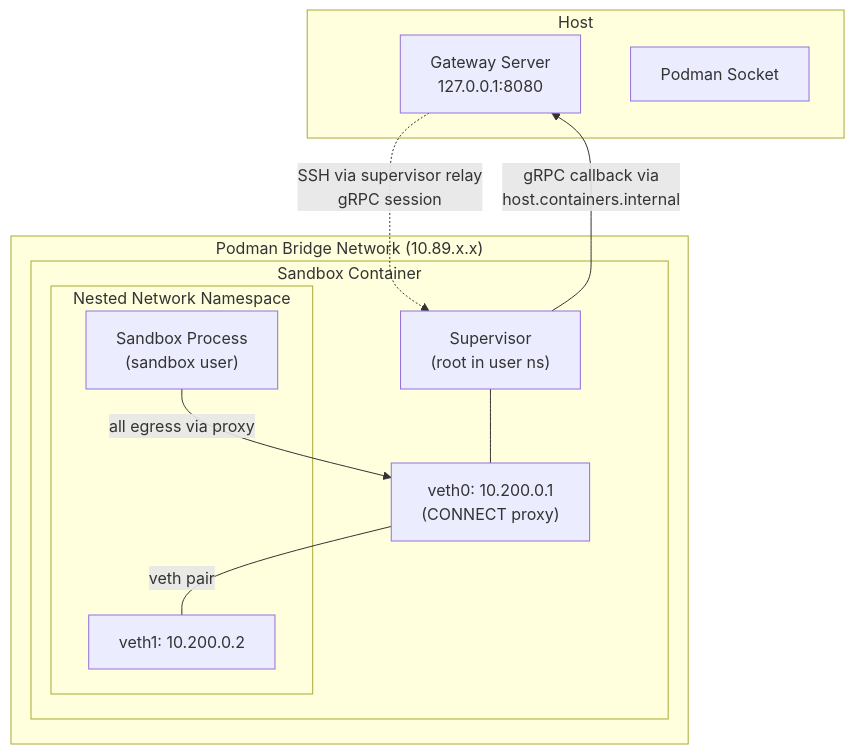
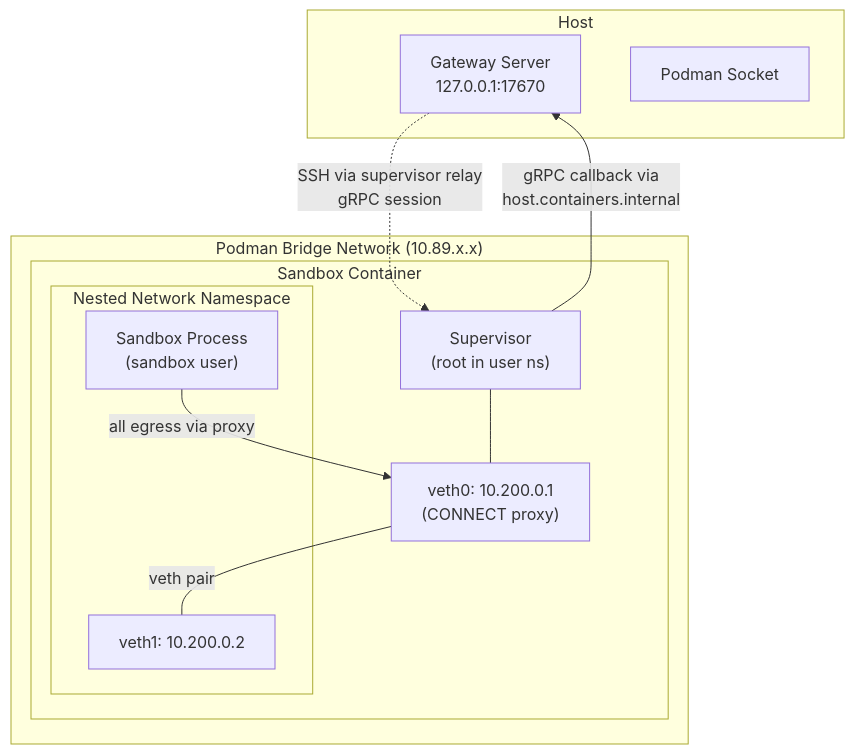
One commit to st-gr/OpenShell changed the third of 4 diagrams in crates/openshell-driver-podman/README.md. Above: the diagram before and after it, drawn with Mermaid. The commit also changed other lines of this file and 34 other files, not shown here.

````diff
--- a/crates/openshell-driver-podman/README.md
+++ b/crates/openshell-driver-podman/README.md
@@ -134,24 +134,24 @@
 ```mermaid
 graph TB
     subgraph Host
-        GW["Gateway Server<br/>127.0.0.1:8080"]
+        GW["Gateway Server<br/>127.0.0.1:17670"]
         PS["Podman Socket"]
     end
 
     subgraph Bridge["Podman Bridge Network (10.89.x.x)"]
         subgraph Container["Sandbox Container"]
             SV["Supervisor<br/>(root in user ns)"]
             subgraph NestedNS["Nested Network Namespace"]
                 SP["Sandbox Process<br/>(sandbox user)"]
                 VE2["veth1: 10.200.0.2"]
             end
             VE1["veth0: 10.200.0.1<br/>(CONNECT proxy)"]
             SV --- VE1
             VE1 ---|veth pair| VE2
         end
     end
 
     GW -.->|SSH via supervisor relay<br/>gRPC session| SV
     SV -->|gRPC callback via<br/>host.containers.internal| GW
     SP -->|all egress via proxy| VE1
 ```
````
